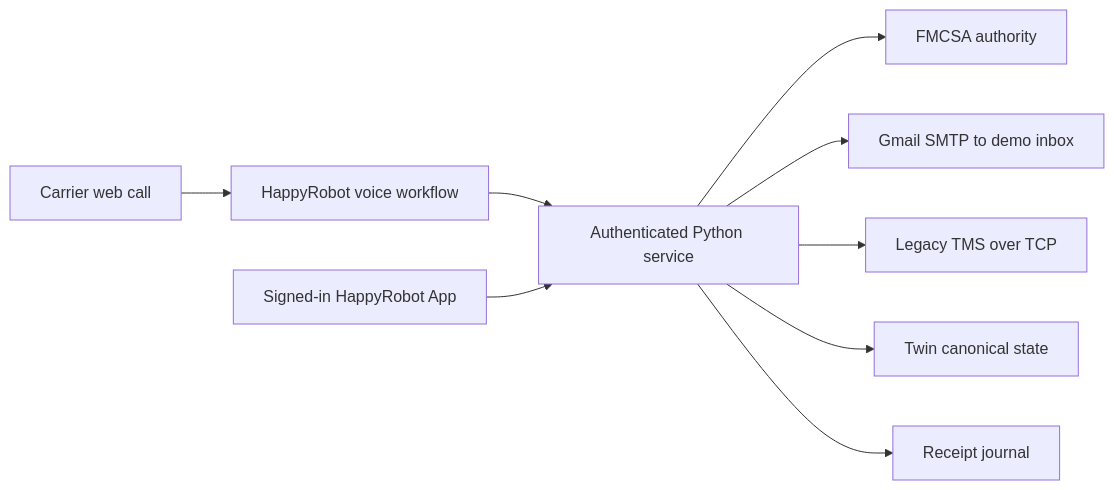
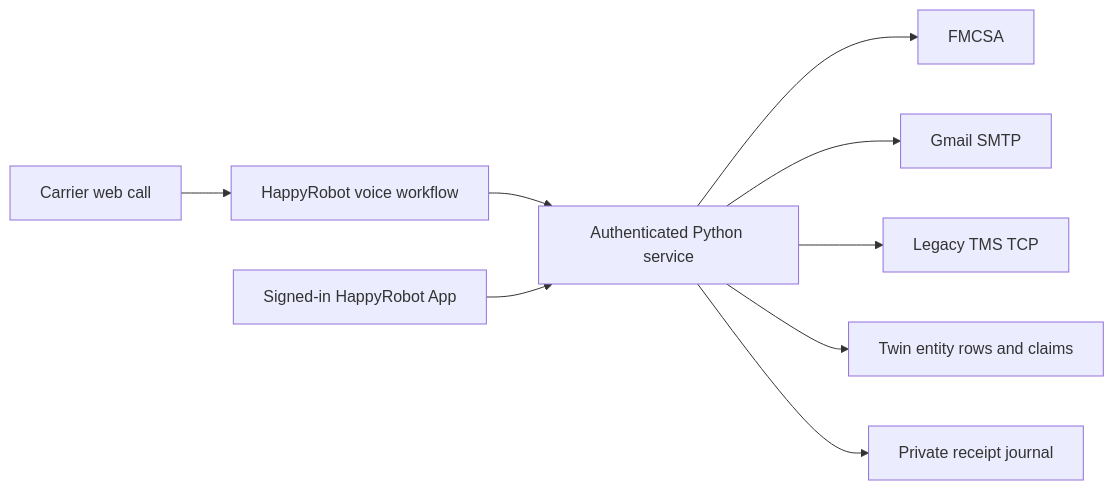
One commit to sgon0181/happyrobot-inbound-carrier-sales changed the diagram in docs/build-description.md. Above: the diagram before and after it, drawn with Mermaid. The commit also changed other lines of this file and 12 other files, not shown here.

````diff
--- a/docs/build-description.md
+++ b/docs/build-description.md
@@ -44,11 +32,11 @@
 ```mermaid
 flowchart LR
     C[Carrier web call] --> H[HappyRobot voice workflow]
     H --> S[Authenticated Python service]
-    S --> F[FMCSA authority]
-    S --> E[Gmail SMTP to demo inbox]
-    S --> T[Legacy TMS over TCP]
-    S --> D[Twin canonical state]
+    S --> F[FMCSA]
+    S --> E[Gmail SMTP]
+    S --> T[Legacy TMS TCP]
+    S --> D[Twin entity rows and claims]
     A[Signed-in HappyRobot App] --> S
-    S --> R[Receipt journal]
+    S --> R[Private receipt journal]
 ```
````
